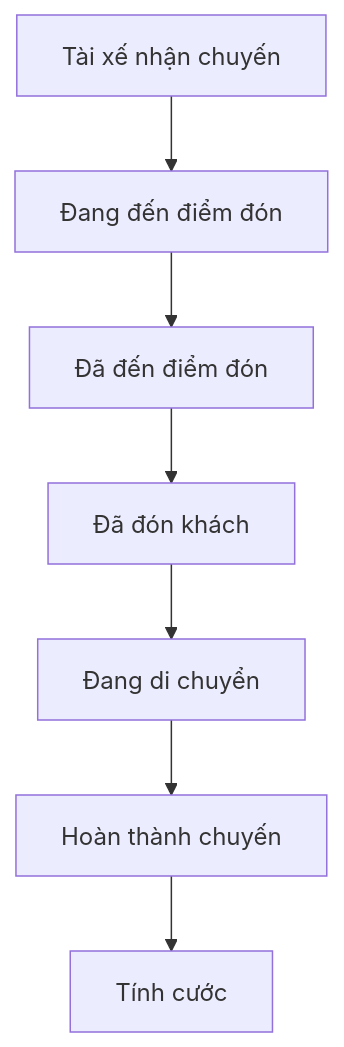
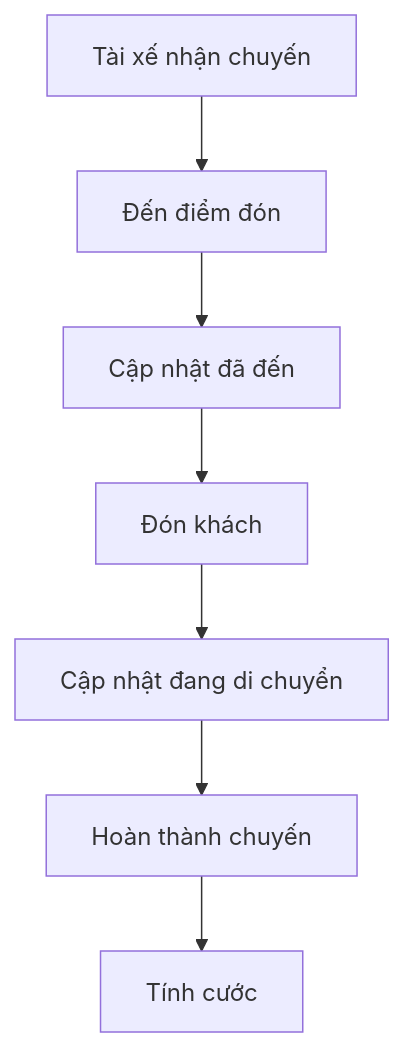
The fourth of 8 diagrams in README.md (thuhien76685/23653331_TruongThiThuHien_CAB-System-), drawn with Mermaid before and after one commit. The commit also changed other lines of this file, not shown here.

````diff
--- a/README.md
+++ b/README.md
@@ -541,9 +703,9 @@
 ```mermaid
 flowchart TD
-    A["Tài xế nhận chuyến"] --> B["Đang đến điểm đón"]
-    B --> C["Đã đến điểm đón"]
-    C --> D["Đã đón khách"]
-    D --> E["Đang di chuyển"]
+    A["Tài xế nhận chuyến"] --> B["Đến điểm đón"]
+    B --> C["Cập nhật đã đến"]
+    C --> D["Đón khách"]
+    D --> E["Cập nhật đang di chuyển"]
     E --> F["Hoàn thành chuyến"]
     F --> G["Tính cước"]
 ```
````
